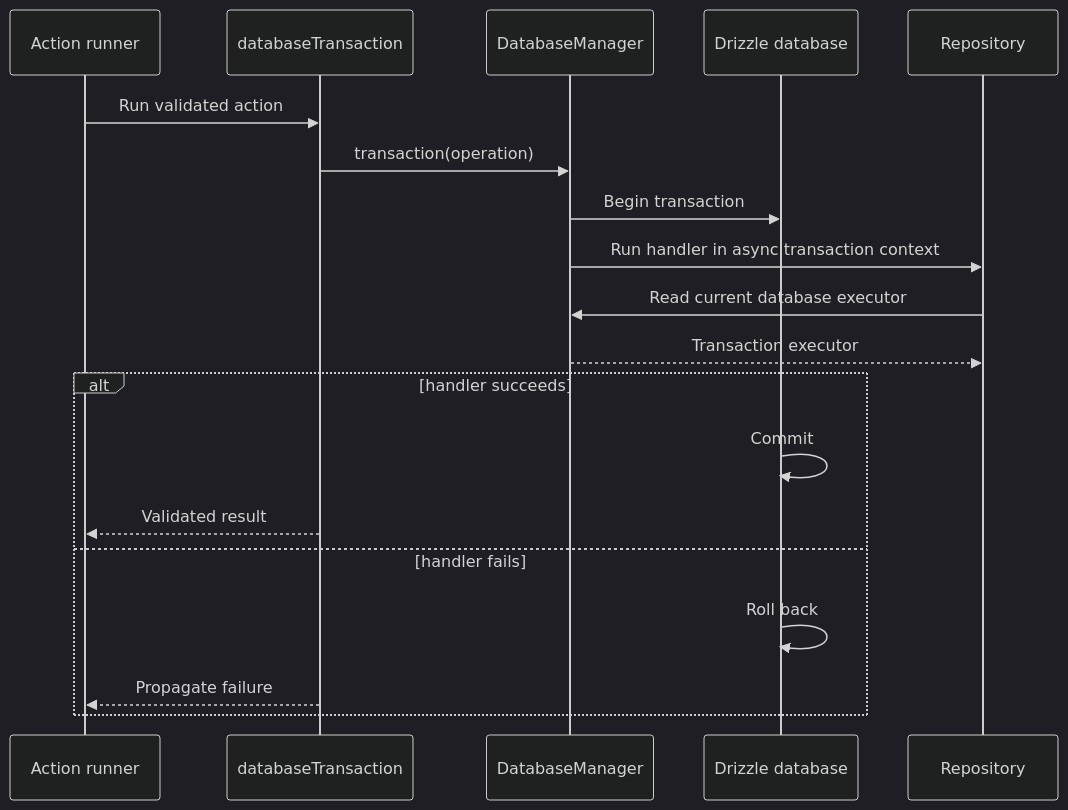
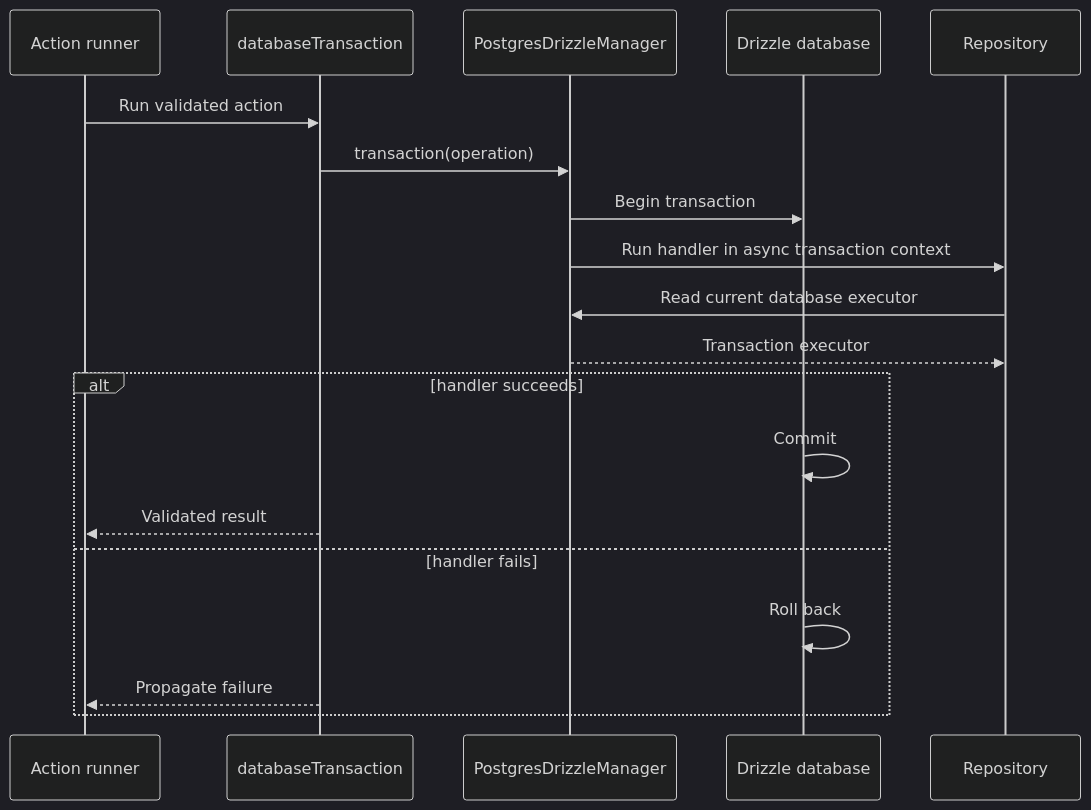
Before and after one commit to antarestupin/kestrel-framework: the second of 6 diagrams in docs/implementation/database.md, drawn with Mermaid (dark theme). The commit also changed other lines of this file and 212 other files, not shown here.

````diff
--- a/docs/implementation/database.md
+++ b/docs/implementation/database.md
@@ -59,22 +59,22 @@
 ```mermaid
 sequenceDiagram
     participant Runner as Action runner
     participant Middleware as databaseTransaction
-    participant Manager as DatabaseManager
+    participant Manager as PostgresDrizzleManager
     participant Database as Drizzle database
     participant Repository
 
     Runner->>Middleware: Run validated action
     Middleware->>Manager: transaction(operation)
     Manager->>Database: Begin transaction
     Manager->>Repository: Run handler in async transaction context
     Repository->>Manager: Read current database executor
     Manager-->>Repository: Transaction executor
     alt handler succeeds
         Database->>Database: Commit
         Middleware-->>Runner: Validated result
     else handler fails
         Database->>Database: Roll back
         Middleware-->>Runner: Propagate failure
     end
 ```
````
